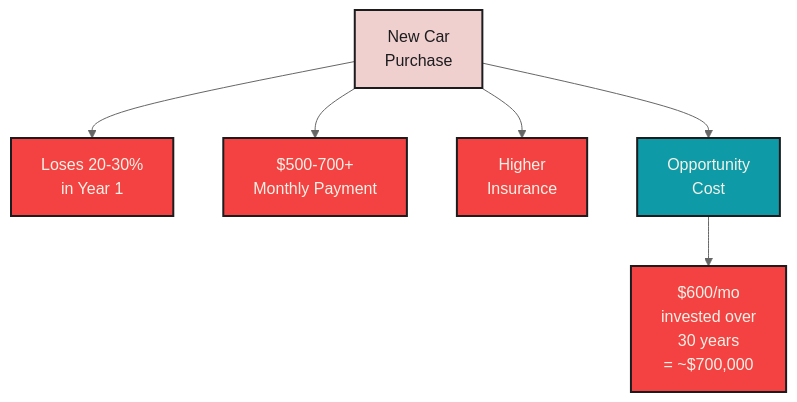
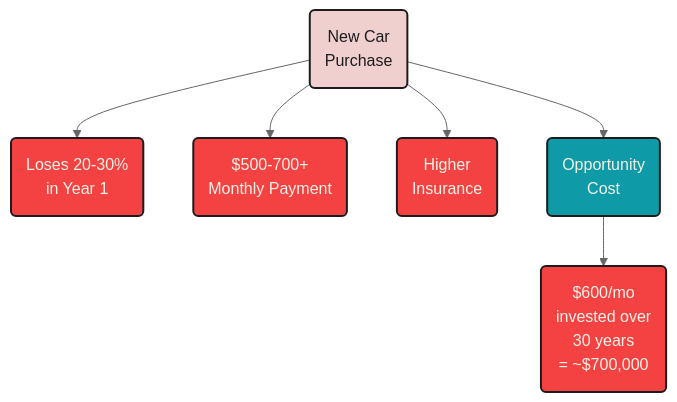
Before and after one commit to mjfrigaard/fm-finance: the fifth of 7 diagrams in managing_debt.qmd, drawn with Mermaid. The commit also changed other lines of this file and 20 other files, not shown here.

Commit message:
updates to mermaid diagrams

````diff
--- a/managing_debt.qmd
+++ b/managing_debt.qmd
@@ -291,18 +263,18 @@
 ```{mermaid}
 %%| fig-cap: 'Car Payments'
 %%| fig-align: center
-%%{init: {'theme': 'neutral', 'themeVariables': { 'fontFamily': 'monospace', "fontSize":"16px"}}}%%
+%%{init: {'theme': 'neutral', 'themeVariables': { 'fontFamily': 'monospace', "darkMode":false, "fontSize":"16px"}}}%%
 
 flowchart TD
-    NewCar[New Car<br>Purchase] --> Depreciation[Loses 20-30%<br>in Year 1]
-    NewCar --> Payment[$500-700+<br>Monthly Payment]
-    NewCar --> Insurance[Higher<br>Insurance]
-    NewCar --> Opportunity[Opportunity<br>Cost]
-    Opportunity --> LostWealth[$600/mo<br>invested over<br>30 years<br>= ~$700,000]
+    NewCar("New Car<br>Purchase") --> Depreciation("Loses 20-30%<br>in Year 1")
+    NewCar --> Payment("$500-700+<br>Monthly Payment")
+    NewCar --> Insurance("Higher<br>Insurance")
+    NewCar --> Opportunity("Opportunity<br>Cost")
+    Opportunity --> LostWealth("$600/mo<br>invested over<br>30 years<br>= ~$700,000")
     style NewCar fill:#f0cfcf,color:#1C1C1E,stroke:#1C1C1E,stroke-width:2px
     style Depreciation fill:#f44242,color:#F5F2E8,stroke:#1C1C1E,stroke-width:2px
     style Payment fill:#f44242,color:#F5F2E8,stroke:#1C1C1E,stroke-width:2px
     style Insurance fill:#f44242,color:#F5F2E8,stroke:#1C1C1E,stroke-width:2px
     style Opportunity fill:#0e9aa7,color:#F5F2E8,stroke:#1C1C1E,stroke-width:2px
     style LostWealth fill:#f44242,color:#F5F2E8,stroke:#1C1C1E,stroke-width:2px
 ```
````
